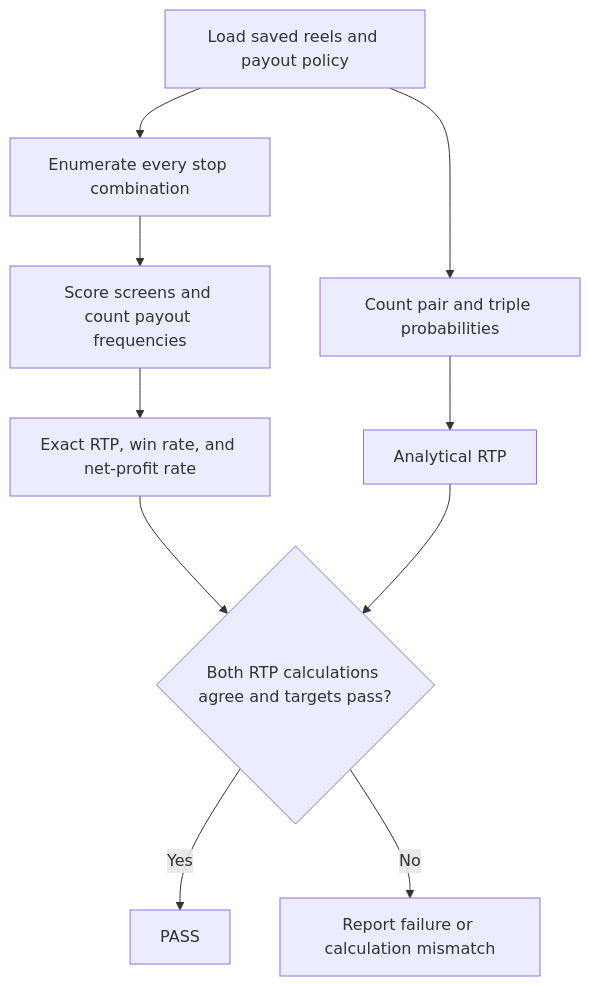
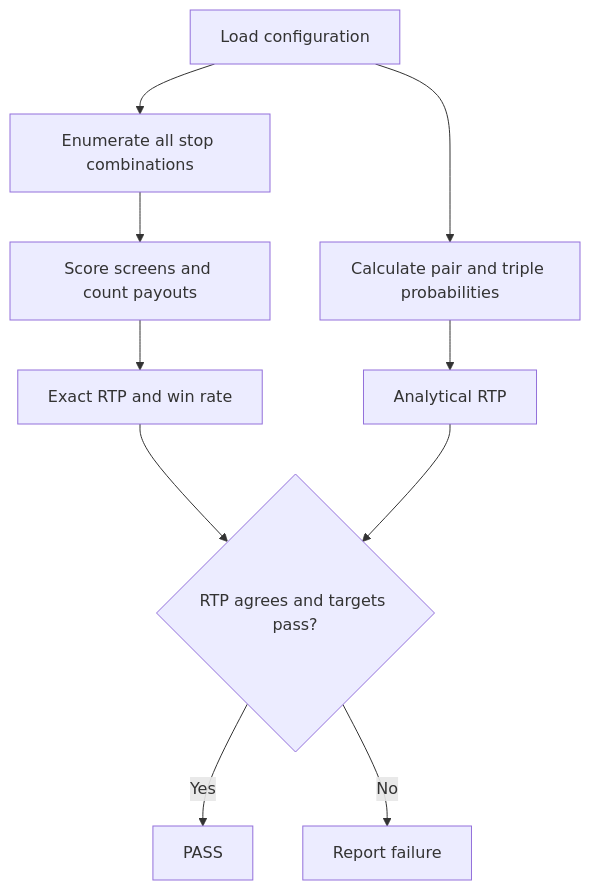
One commit to Laihu08/opennet-homework changed the third of 3 diagrams in README.md. Above: the diagram before and after it, drawn with Mermaid. The commit also changed other lines of this file and 19 other files, not shown here.

````diff
--- a/README.md
+++ b/README.md
@@ -162,12 +139,12 @@
 ```mermaid
 flowchart TD
-    A[Load saved reels and payout policy] --> B[Enumerate every stop combination]
-    A --> C[Count pair and triple probabilities]
-    B --> D[Score screens and count payout frequencies]
-    D --> E[Exact RTP, win rate, and net-profit rate]
+    A[Load configuration] --> B[Enumerate all stop combinations]
+    A --> C[Calculate pair and triple probabilities]
+    B --> D[Score screens and count payouts]
+    D --> E[Exact RTP and win rate]
     C --> F[Analytical RTP]
-    E --> G{Both RTP calculations agree and targets pass?}
+    E --> G{RTP agrees and targets pass?}
     F --> G
     G -- Yes --> H[PASS]
-    G -- No --> I[Report failure or calculation mismatch]
+    G -- No --> I[Report failure]
 ```
````
